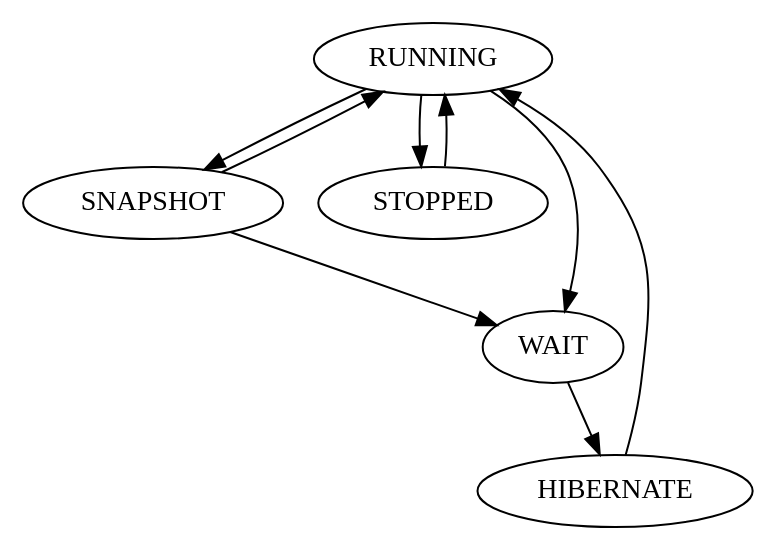
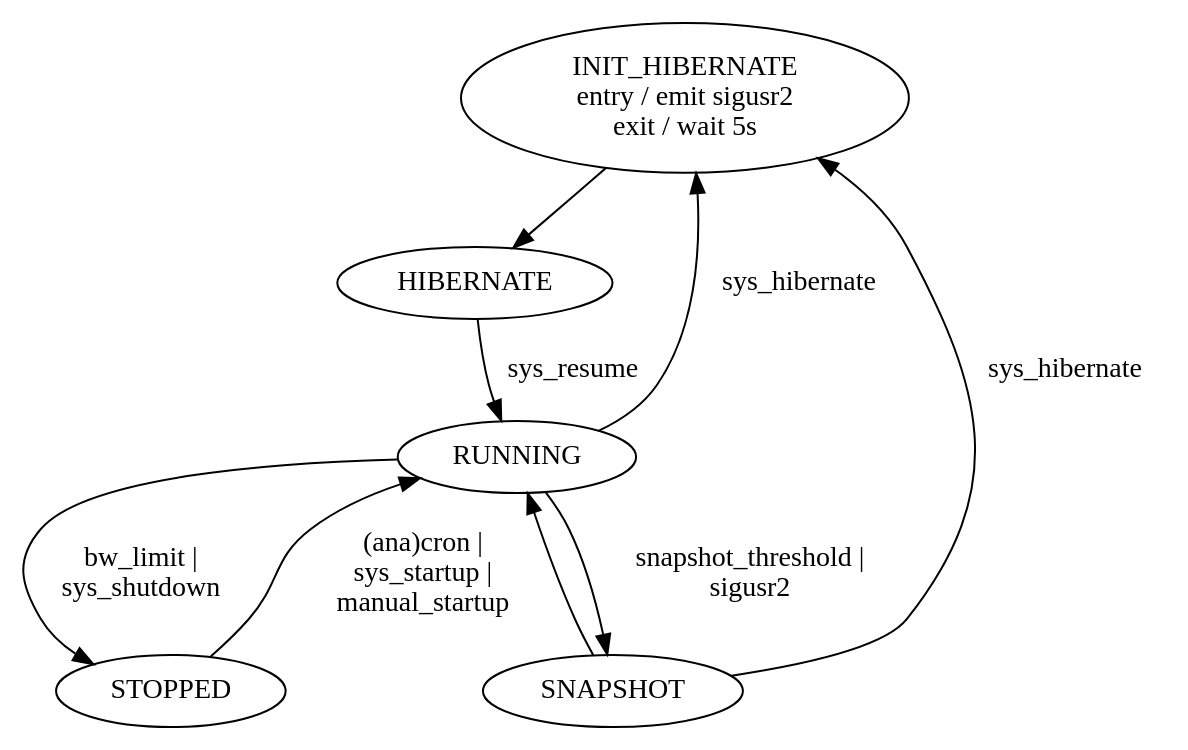
The diagram in documentation.org (fbauer/fb-backup), drawn with Graphviz before and after one commit.

Commit message:
Complete initial state diagram

```diff
--- a/documentation.org
+++ b/documentation.org
@@ -26,12 +26,13 @@
 #+BEGIN_SRC dot :file images/state-machine-dot.png :exports results
 digraph {
- RUNNING -> SNAPSHOT;
+ INIT_HIBERNATE [label="INIT_HIBERNATE\nentry / emit sigusr2\nexit / wait 5s"];
+ RUNNING -> SNAPSHOT [label="snapshot_threshold |\nsigusr2"];
  SNAPSHOT -> RUNNING;
- STOPPED -> RUNNING;
- RUNNING -> STOPPED;
- RUNNING -> WAIT;
- SNAPSHOT -> WAIT;
- WAIT -> HIBERNATE;
- HIBERNATE -> RUNNING;
+ STOPPED -> RUNNING [label="(ana)cron |\nsys_startup |\nmanual_startup"];
+ RUNNING -> STOPPED [label="bw_limit |\nsys_shutdown"];
+ RUNNING -> INIT_HIBERNATE [label="sys_hibernate"];
+ SNAPSHOT -> INIT_HIBERNATE [label="sys_hibernate"];
+ INIT_HIBERNATE -> HIBERNATE;
+ HIBERNATE -> RUNNING [label="sys_resume"];
 }
 #+END_SRC
```
